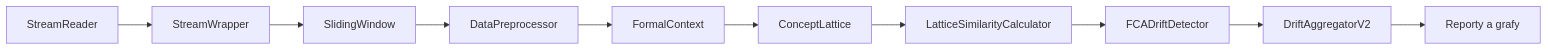
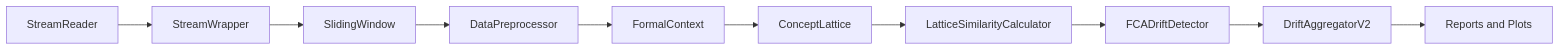
One commit to 00AyanamiRei/Detection-Concept-Drift changed the diagram in docs/index.md. Above: the diagram before and after it, drawn with Mermaid. The commit also changed other lines of this file and 5 other files, not shown here.

````diff
--- a/docs/index.md
+++ b/docs/index.md
@@ -21,12 +16,12 @@
 ```mermaid
 graph LR
     A[StreamReader] --> B[StreamWrapper]
     B --> C[SlidingWindow]
     C --> D[DataPreprocessor]
     D --> E[FormalContext]
     E --> F[ConceptLattice]
     F --> G[LatticeSimilarityCalculator]
     G --> H[FCADriftDetector]
     H --> I[DriftAggregatorV2]
-    I --> J[Reporty a grafy]
+    I --> J[Reports and Plots]
 ```
````
